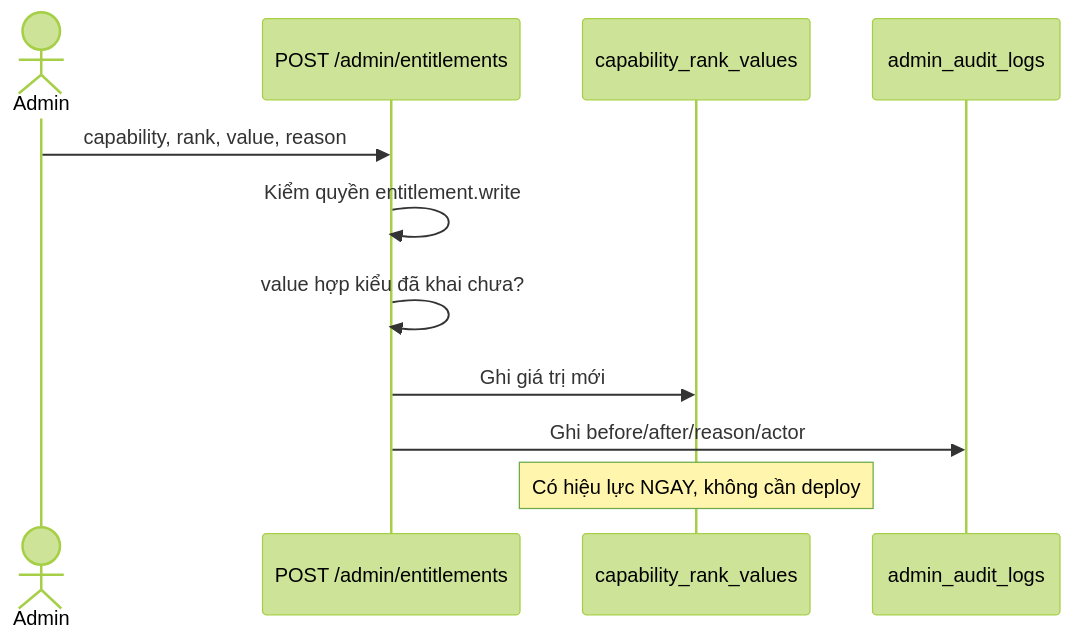
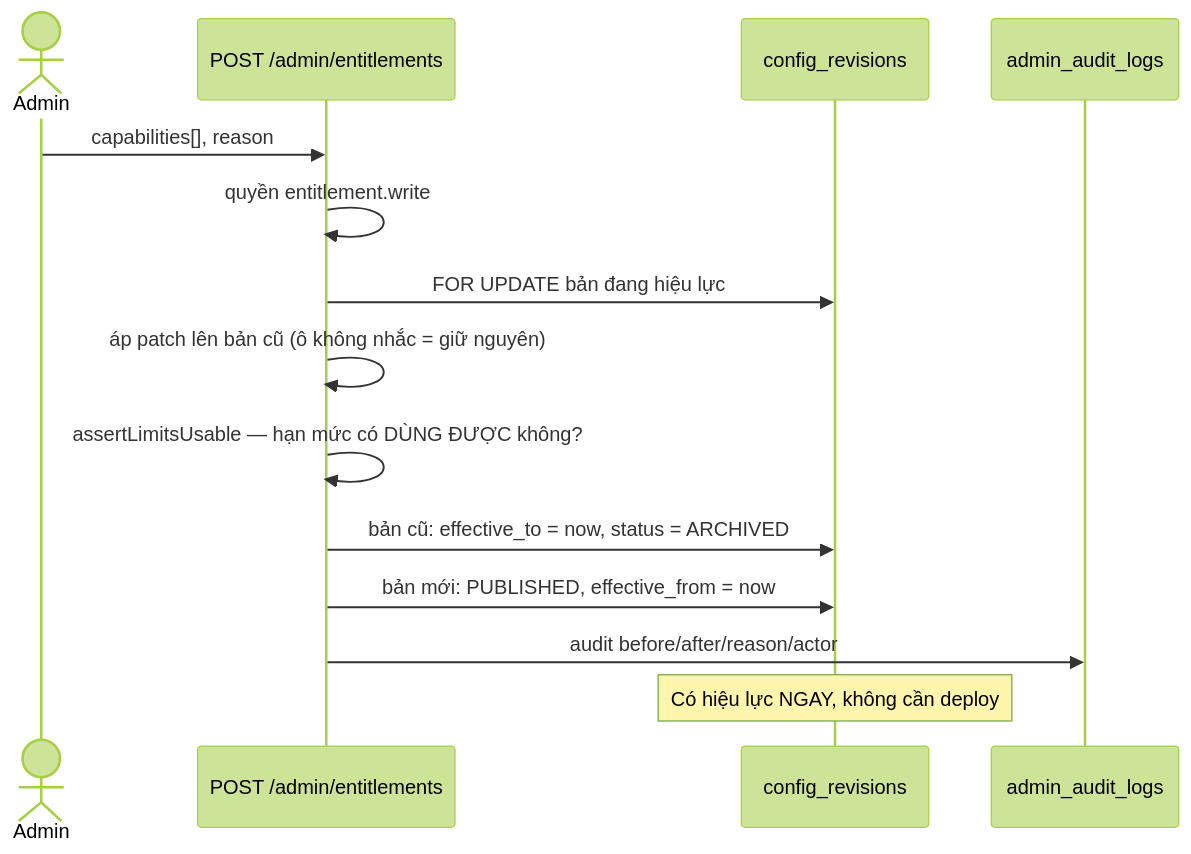
One commit to fdshn/trueheart changed the fourth of 5 diagrams in docs/diagram/24-entitlement.md. Above: the diagram before and after it, drawn with Mermaid (forest theme). The commit also changed other lines of this file and 26 other files, not shown here.

First line of the commit message:
feat(entitlement): bộ đếm thật cho từng capability, chặn hạn mức tự mâu thuẫn, và đường đọc lịch sử

````diff
--- a/docs/diagram/24-entitlement.md
+++ b/docs/diagram/24-entitlement.md
@@ -77,14 +121,17 @@
 ```mermaid
 sequenceDiagram
     actor A as Admin
     participant API as POST /admin/entitlements
-    participant DB as capability_rank_values
+    participant DB as config_revisions
     participant AU as admin_audit_logs
 
-    A->>API: capability, rank, value, reason
-    API->>API: Kiểm quyền entitlement.write
-    API->>API: value hợp kiểu đã khai chưa?
-    API->>DB: Ghi giá trị mới
-    API->>AU: Ghi before/after/reason/actor
+    A->>API: capabilities[], reason
+    API->>API: quyền entitlement.write
+    API->>DB: FOR UPDATE bản đang hiệu lực
+    API->>API: áp patch lên bản cũ (ô không nhắc = giữ nguyên)
+    API->>API: assertLimitsUsable — hạn mức có DÙNG ĐƯỢC không?
+    API->>DB: bản cũ: effective_to = now, status = ARCHIVED
+    API->>DB: bản mới: PUBLISHED, effective_from = now
+    API->>AU: audit before/after/reason/actor
     Note over DB: Có hiệu lực NGAY, không cần deploy
 ```
````
